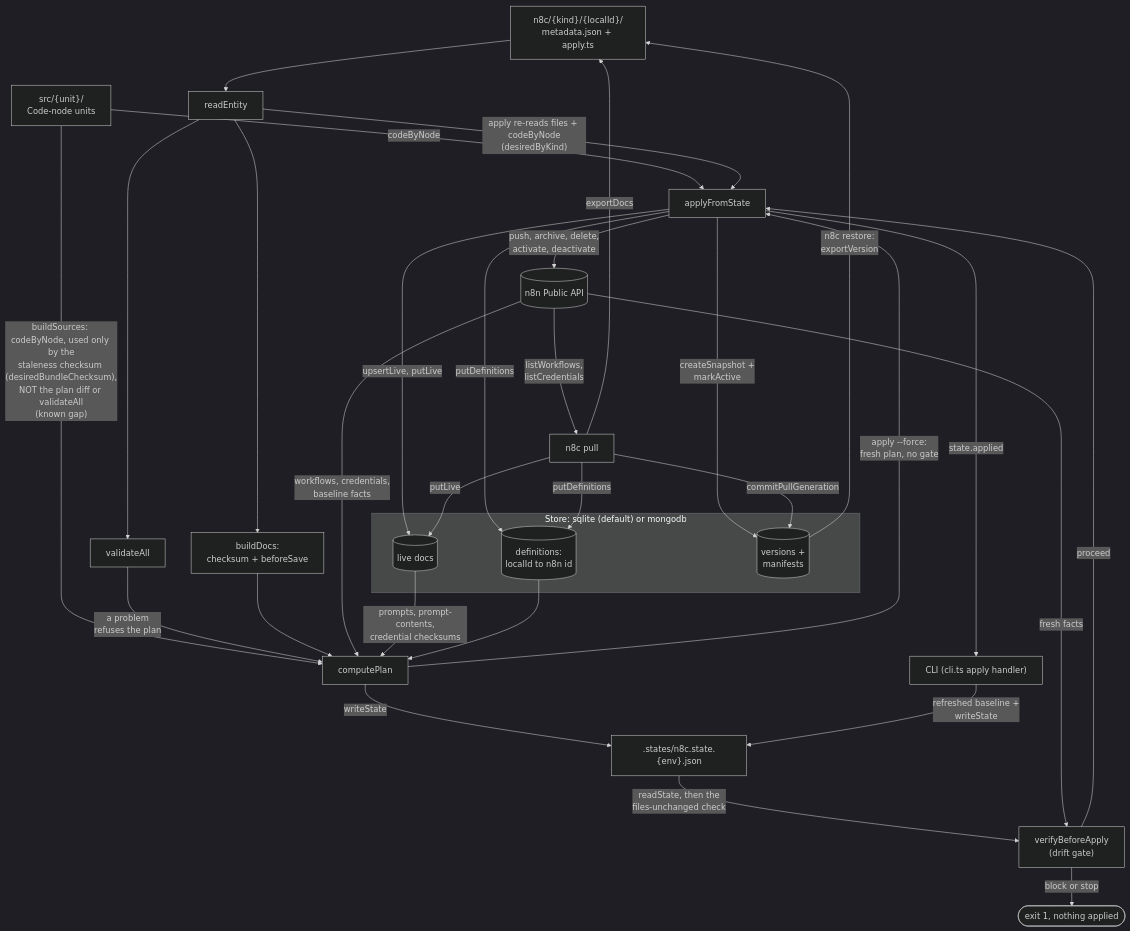
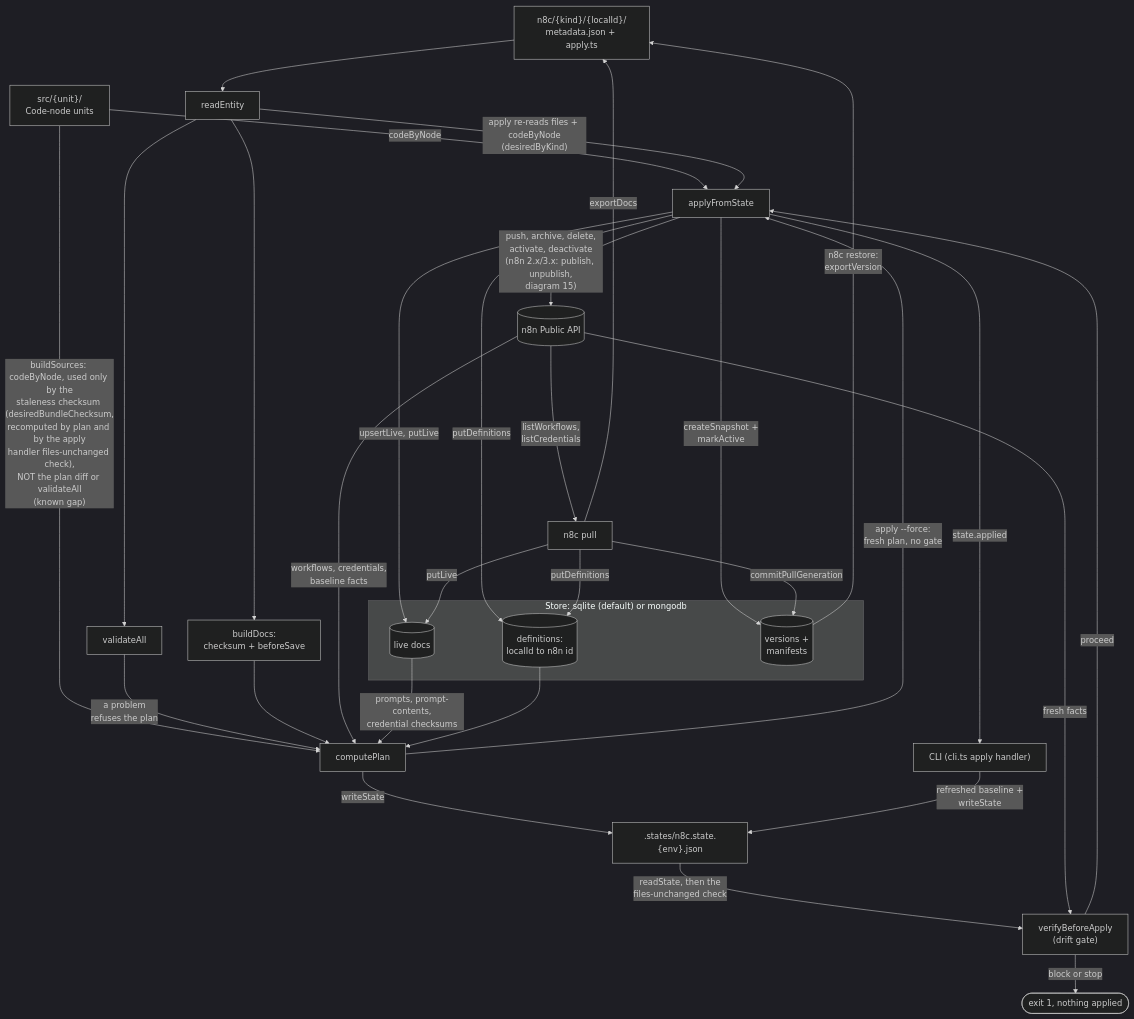
One commit to nullseal/n8c changed the first of 15 diagrams in docs/ARCHITECTURE.md. Above: the diagram before and after it, drawn with Mermaid (dark theme). The commit also changed other lines of this file and 1 other file, not shown here.

````diff
--- a/docs/ARCHITECTURE.md
+++ b/docs/ARCHITECTURE.md
@@ -42,40 +43,40 @@
 ```mermaid
 flowchart TB
     FILES["n8c/{kind}/{localId}/<br/>metadata.json + apply.ts"]
     UNITS["src/{unit}/<br/>Code-node units"]
     FILES --> RE["readEntity"]
-    UNITS -->|"buildSources: codeByNode, used only by the<br/>staleness checksum (desiredBundleChecksum),<br/>NOT the plan diff or validateAll<br/>(known gap)"| CP
+    UNITS -->|"buildSources: codeByNode, used only by the<br/>staleness checksum (desiredBundleChecksum,<br/>recomputed by plan and by the apply<br/>handler files-unchanged check),<br/>NOT the plan diff or validateAll<br/>(known gap)"| CP
     UNITS -->|"codeByNode"| AFS
     RE -->|"apply re-reads files + codeByNode<br/>(desiredByKind)"| AFS
     RE --> VAL["validateAll"]
     RE --> BD["buildDocs:<br/>checksum + beforeSave"]
     VAL -->|"a problem<br/>refuses the plan"| CP["computePlan"]
     BD --> CP
     N8N[("n8n Public API")]
     subgraph db["Store: sqlite (default) or mongodb"]
         LIVE[("live docs")]
         DEFS[("definitions:<br/>localId to n8n id")]
         VERS[("versions +<br/>manifests")]
     end
     N8N -->|"workflows, credentials,<br/>baseline facts"| CP
     LIVE -->|"prompts, prompt-contents,<br/>credential checksums"| CP
     DEFS --> CP
     CP -->|"writeState"| STATE[".states/n8c.state.{env}.json"]
     STATE -->|"readState, then the<br/>files-unchanged check"| GATE["verifyBeforeApply<br/>(drift gate)"]
     N8N -->|"fresh facts"| GATE
     GATE -->|"block or stop"| HALT(["exit 1, nothing applied"])
     GATE -->|"proceed"| AFS["applyFromState"]
     CP -->|"apply --force:<br/>fresh plan, no gate"| AFS
-    AFS -->|"push, archive, delete,<br/>activate, deactivate"| N8N
+    AFS -->|"push, archive, delete,<br/>activate, deactivate<br/>(n8n 2.x/3.x: publish, unpublish,<br/>diagram 15)"| N8N
     AFS -->|"upsertLive, putLive"| LIVE
     AFS -->|"putDefinitions"| DEFS
     AFS -->|"createSnapshot +<br/>markActive"| VERS
     AFS -->|"state.applied"| CLI["CLI (cli.ts apply handler)"]
     CLI -->|"refreshed baseline +<br/>writeState"| STATE
     N8N -->|"listWorkflows,<br/>listCredentials"| PULL["n8c pull"]
     PULL -->|"putLive"| LIVE
     PULL -->|"putDefinitions"| DEFS
     PULL -->|"commitPullGeneration"| VERS
     PULL -->|"exportDocs"| FILES
     VERS -->|"n8c restore:<br/>exportVersion"| FILES
 ```
````
